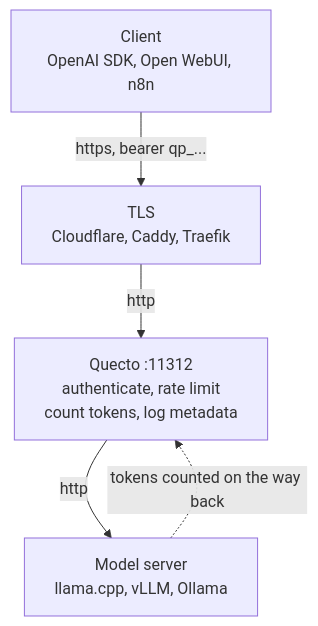
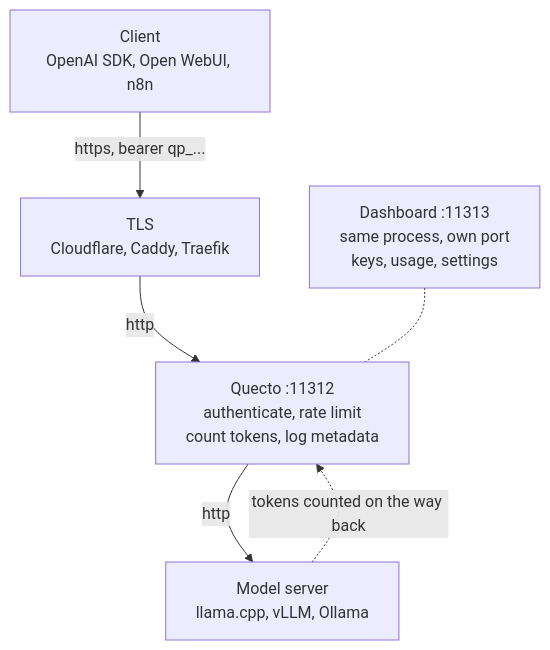
Before and after one commit to jesdga95/quecto-proxy: the diagram in README.md, drawn with Mermaid. The commit also changed other lines of this file and 16 other files, not shown here.

First line of the commit message:
Serve the dashboard on its own port, behind a real login gate

````diff
--- a/README.md
+++ b/README.md
@@ -11,10 +11,12 @@
 ```mermaid
 flowchart TD
   C["Client<br/>OpenAI SDK, Open WebUI, n8n"]
   E["TLS<br/>Cloudflare, Caddy, Traefik"]
   Q["Quecto :11312<br/>authenticate, rate limit<br/>count tokens, log metadata"]
   M["Model server<br/>llama.cpp, vLLM, Ollama"]
+  A["Dashboard :11313<br/>same process, own port<br/>keys, usage, settings"]
 
   C -->|"https, bearer qp_..."| E -->|http| Q -->|http| M
   M -.->|"tokens counted on the way back"| Q
+  A -.- Q
 ```
````
